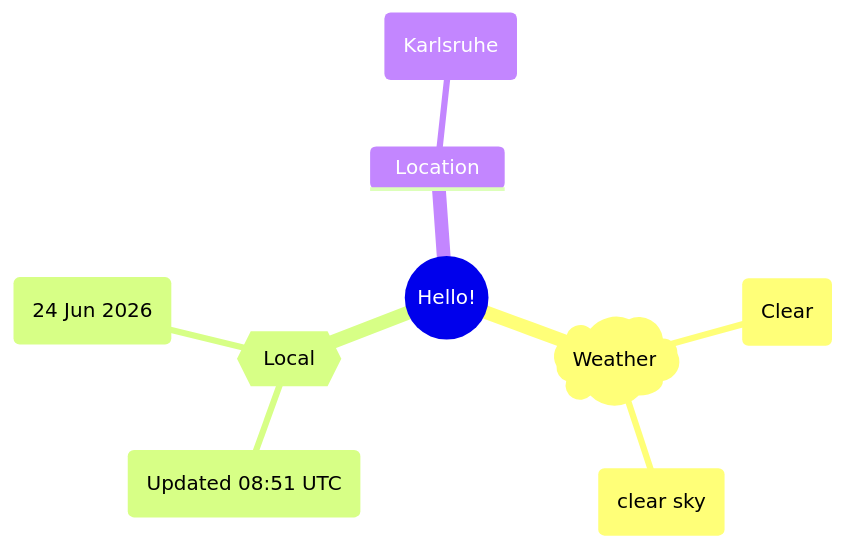
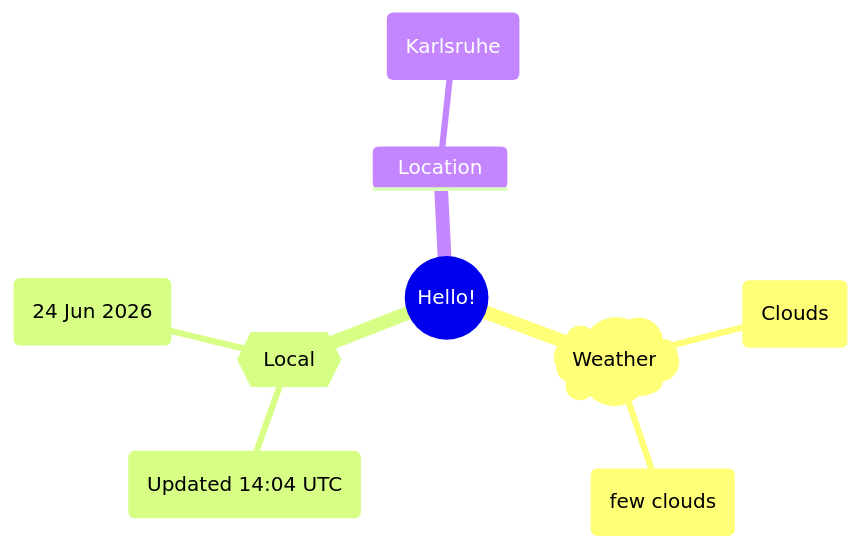
The first of 2 diagrams in README.md (Xosrov/Xosrov), drawn with Mermaid before and after one commit.

Commit message:
[bot] updated images

````diff
--- a/README.md
+++ b/README.md
@@ -3,12 +3,12 @@
 ```mermaid
 mindmap
   root((Hello!))
     )Weather(
-        (Clear)
-        (clear sky)
+        (Clouds)
+        (few clouds)
     {{Local}}
-        (Updated 08:51 UTC)
+        (Updated 14:04 UTC)
         (24 Jun 2026)
     Location
         (Karlsruhe)
 ```
````
